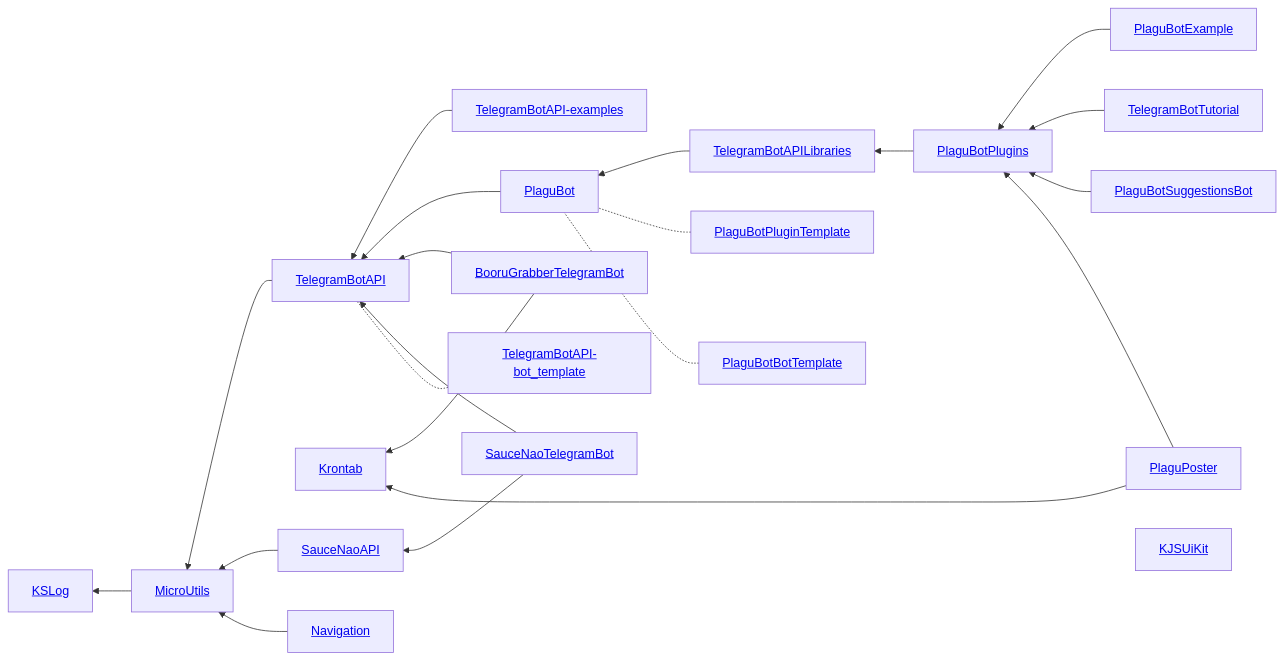
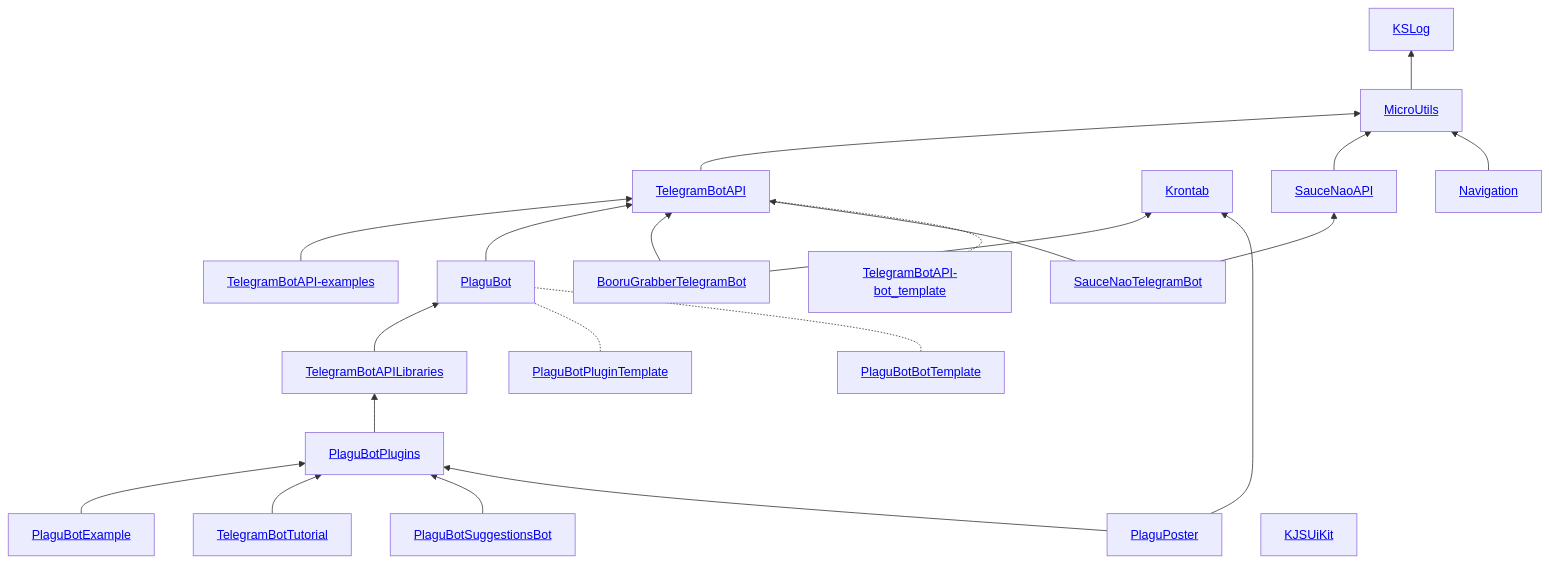
One commit to InsanusMokrassar/docs changed the diagram in docs/index.md. Above: the diagram before and after it, drawn with Mermaid. The commit also changed 6 other files, not shown here.

Commit message:
a little bit fix of mermaid graphs

````diff
--- a/docs/index.md
+++ b/docs/index.md
@@ -18,46 +18,46 @@
 ```mermaid
-flowchart RL
+flowchart BT
     KSLog[<a href='https://github.com/InsanusMokrassar/kslog'>KSLog</a>]
     MicroUtils[<a href='https://github.com/InsanusMokrassar/MicroUtils'>MicroUtils</a>]
     TelegramBotAPI[<a href='https://github.com/InsanusMokrassar/ktgbotapi'>TelegramBotAPI</a>]
     TelegramBotAPI-examples[<a href='https://github.com/InsanusMokrassar/TelegramBotAPI-examples'>TelegramBotAPI-examples </a>]
     PlaguBot[<a href='https://github.com/InsanusMokrassar/PlaguBot'>PlaguBot</a>]
     TelegramBotAPILibraries[<a href='https://github.com/InsanusMokrassar/TelegramBotAPILibraries'>TelegramBotAPILibraries</a>]
     PlaguBotPlugins[<a href='https://github.com/InsanusMokrassar/PlaguBotPlugins'>PlaguBotPlugins</a>]
     PlaguBotExample[<a href='https://github.com/InsanusMokrassar/PlaguBotExample'>PlaguBotExample</a>]
     BooruGrabberTelegramBot[<a href='https://github.com/InsanusMokrassar/BooruGrabberTelegramBot'>BooruGrabberTelegramBot</a>]
     SauceNaoTelegramBot[<a href='https://github.com/InsanusMokrassar/SauceNaoTelegramBot'>SauceNaoTelegramBot</a>]
     PlaguPoster[<a href='https://github.com/InsanusMokrassar/PlaguPoster'>PlaguPoster</a>]
     PlaguBotSuggestionsBot[<a href='https://github.com/InsanusMokrassar/PlaguBotSuggestionsBot'>PlaguBotSuggestionsBot</a>]
     TelegramBotTutorial[<a href='https://github.com/InsanusMokrassar/TelegramBotTutorial'>TelegramBotTutorial</a>]
     Krontab[<a href='https://github.com/InsanusMokrassar/krontab'>Krontab</a>]
     KJSUiKit[<a href='https://github.com/InsanusMokrassar/JSUiKitKBindings'>KJSUiKit</a>]
     SauceNaoAPI[<a href='https://github.com/InsanusMokrassar/SauceNaoAPI'>SauceNaoAPI</a>]
     Navigation[<a href='https://github.com/InsanusMokrassar/navigation'>Navigation</a>]
 
     TelegramBotAPI-bot_template[<a href='https://github.com/InsanusMokrassar/TelegramBotAPI-bot_template'>TelegramBotAPI-bot_template</a>]
     PlaguBotPluginTemplate[<a href='https://github.com/InsanusMokrassar/PlaguBotPluginTemplate'>PlaguBotPluginTemplate</a>]
     PlaguBotBotTemplate[<a href='https://github.com/InsanusMokrassar/PlaguBotBotTemplate'>PlaguBotBotTemplate</a>]
 
     MicroUtils --> KSLog
     TelegramBotAPI --> MicroUtils
     TelegramBotAPI-examples --> TelegramBotAPI
     PlaguBot --> TelegramBotAPI
     TelegramBotAPILibraries --> PlaguBot
     PlaguBotPlugins --> TelegramBotAPILibraries
     PlaguBotExample --> PlaguBotPlugins
     BooruGrabberTelegramBot --> TelegramBotAPI
     BooruGrabberTelegramBot --> Krontab
     SauceNaoTelegramBot --> TelegramBotAPI
     SauceNaoTelegramBot --> SauceNaoAPI
     TelegramBotTutorial --> PlaguBotPlugins
     PlaguBotSuggestionsBot --> PlaguBotPlugins
     PlaguPoster --> PlaguBotPlugins
     PlaguPoster --> Krontab
     SauceNaoAPI --> MicroUtils
     Navigation --> MicroUtils
 
     TelegramBotAPI-bot_template -.- TelegramBotAPI
     PlaguBotPluginTemplate -.- PlaguBot
     PlaguBotBotTemplate -.- PlaguBot
 ```
````
